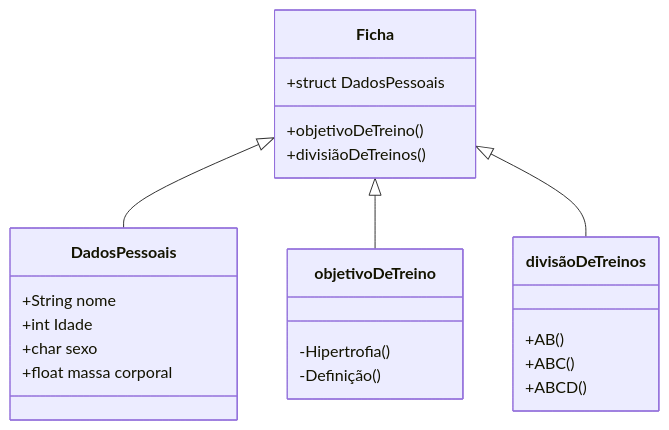
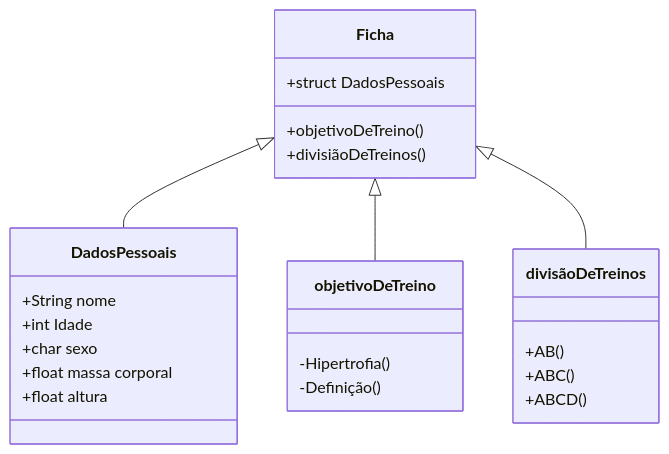
Before and after one commit to caio-passos/fichaacademia: the first of 2 diagrams in readme.MD, drawn with Mermaid. The commit also changed other lines of this file, not shown here.

````diff
--- a/readme.MD
+++ b/readme.MD
@@ -13,24 +13,25 @@
 ```mermaid
     classDiagram
     Ficha <|-- DadosPessoais
     Ficha <|-- objetivoDeTreino
     Ficha <|-- divisãoDeTreinos
     Ficha : +struct DadosPessoais
     Ficha : +objetivoDeTreino()
     Ficha: +divisiãoDeTreinos()
     class DadosPessoais{
       +String nome
       +int Idade
       +char sexo
       +float massa corporal
+      +float altura
     }
     class objetivoDeTreino{
       -Hipertrofia()
       -Definição()
     }
     class divisãoDeTreinos{
       +AB()
       +ABC()
       +ABCD()
     }
 ```
````
